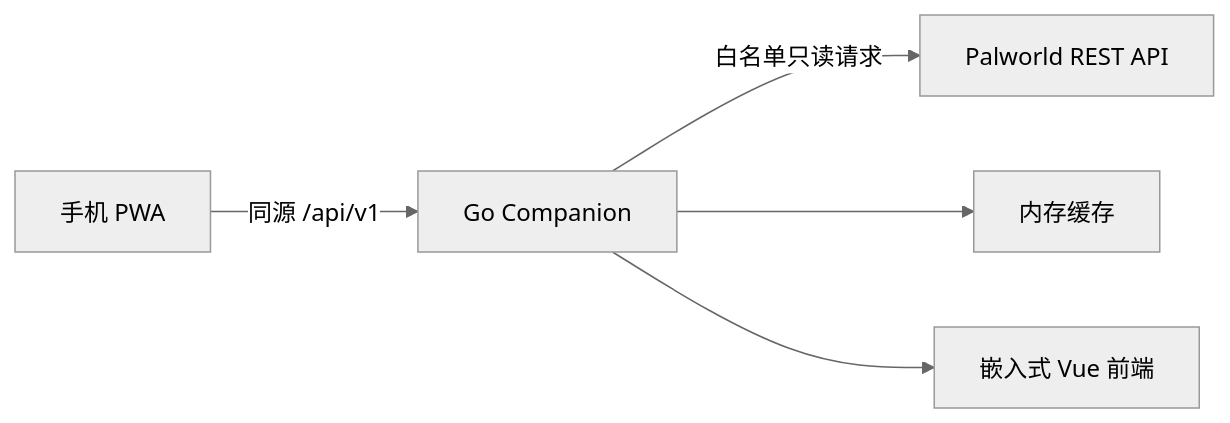
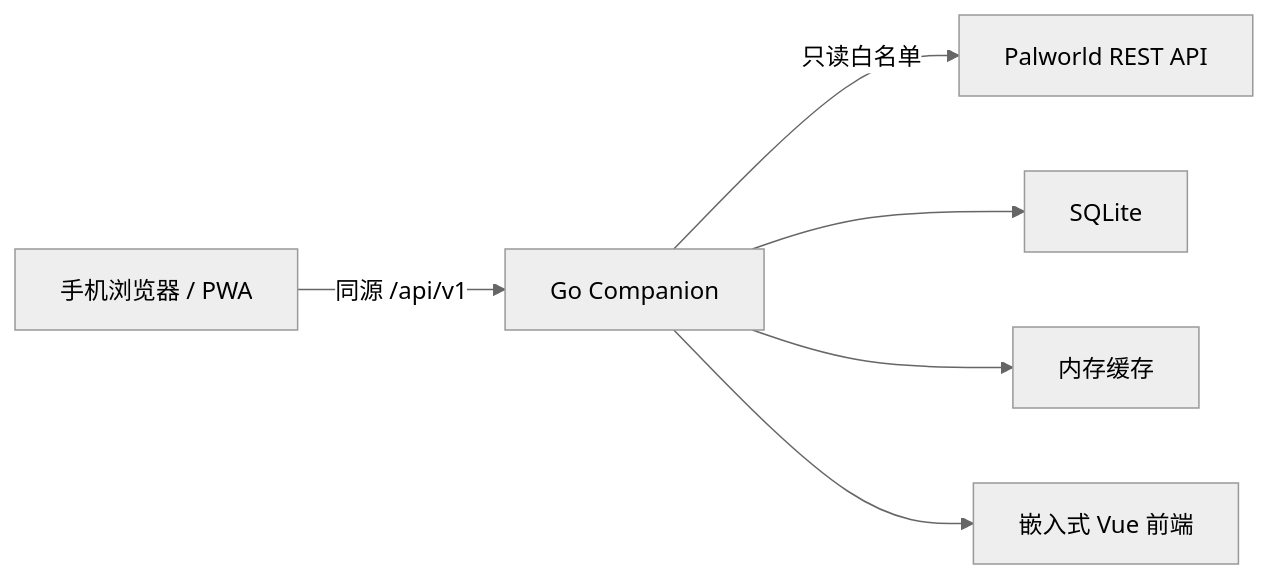
Before and after one commit to dlcwshi/palworld-companion: the diagram in README.md, drawn with Mermaid (neutral theme). The commit also changed other lines of this file and 1 other file, not shown here.

````diff
--- a/README.md
+++ b/README.md
@@ -30,7 +36,8 @@
 ```mermaid
 flowchart LR
-    U["手机 PWA"] -->|"同源 /api/v1"| G["Go Companion"]
-    G -->|"白名单只读请求"| P["Palworld REST API"]
+    U["手机浏览器 / PWA"] -->|"同源 /api/v1"| G["Go Companion"]
+    G -->|"只读白名单"| P["Palworld REST API"]
+    G --> S["SQLite"]
     G --> C["内存缓存"]
     G --> V["嵌入式 Vue 前端"]
 ```
````
